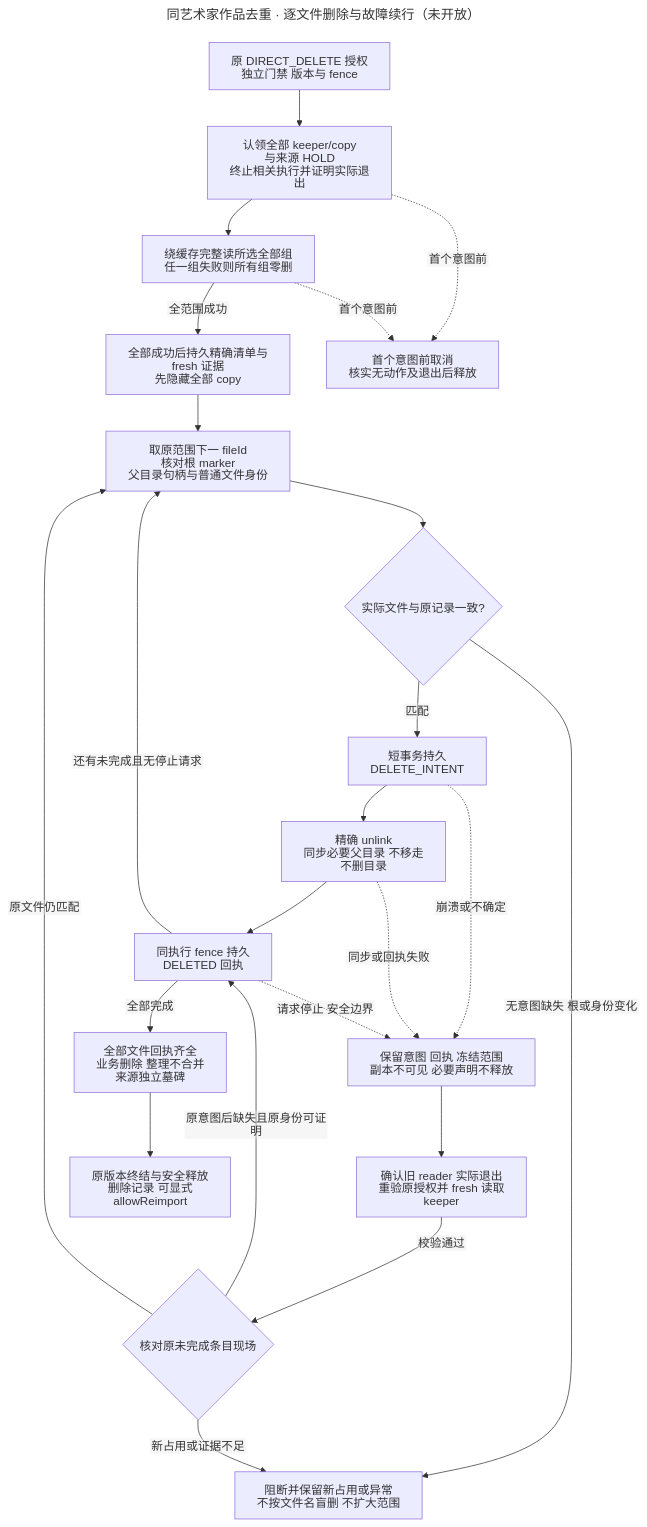
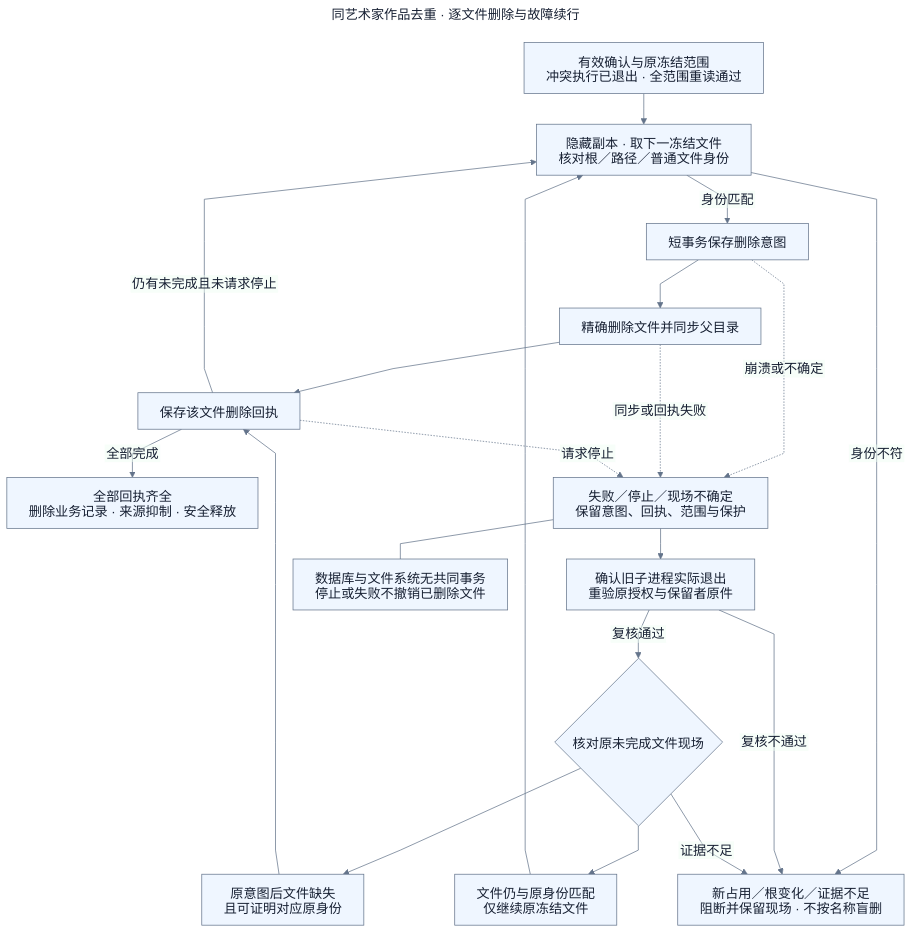
Before and after one commit to namehu/PixiShelf: the diagram in docs/diagrams/features/artwork-deduplication/recovery.mmd, drawn with Mermaid. The commit also changed 23 other files, not shown here.

Commit message:
docs(dedup): unify current workflows architecture and limits

```diff
--- a/docs/diagrams/features/artwork-deduplication/recovery.mmd
+++ b/docs/diagrams/features/artwork-deduplication/recovery.mmd
@@ -1,38 +1,49 @@
 ---
 config:
+  theme: base
   htmlLabels: false
+  themeVariables:
+    fontFamily: 'Arial, PingFang SC, Microsoft YaHei, sans-serif'
+    fontSize: 18px
+    background: '#ffffff'
+    primaryColor: '#eff6ff'
+    primaryTextColor: '#172033'
+    primaryBorderColor: '#64748b'
+    lineColor: '#64748b'
+    secondaryColor: '#f0fdf4'
+    tertiaryColor: '#fff7ed'
   flowchart:
     htmlLabels: false
-title: 同艺术家作品去重 · 逐文件删除与故障续行（未开放）
+    curve: linear
+    nodeSpacing: 28
+    rankSpacing: 42
+    wrappingWidth: 340
+title: 同艺术家作品去重 · 逐文件删除与故障续行
 ---
 flowchart TB
-  R01[原 DIRECT_DELETE 授权<br/>独立门禁 版本与 fence]
-  R02[认领全部 keeper/copy 与来源 HOLD<br/>终止相关执行并证明实际退出]
-  R03[绕缓存完整读所选全部组<br/>任一组失败则所有组零删]
-  R04[全部成功后持久精确清单与 fresh 证据<br/>先隐藏全部 copy]
-  R05[取原范围下一 fileId<br/>核对根 marker 父目录句柄与普通文件身份]
-  R06{实际文件与原记录一致?}
-  R07[短事务持久 DELETE_INTENT]
-  R08[精确 unlink<br/>同步必要父目录 不移走 不删目录]
-  R09[同执行 fence 持久 DELETED 回执]
-  R10[保留意图 回执 冻结范围<br/>副本不可见 必要声明不释放]
-  R11[确认旧 reader 实际退出<br/>重验原授权并 fresh 读取 keeper]
-  R12{核对原未完成条目现场}
-  R13[全部文件回执齐全<br/>业务删除 整理不合并 来源独立墓碑]
-  R14[原版本终结与安全释放<br/>删除记录 可显式 allowReimport]
-  R15[首个意图前取消<br/>核实无动作及退出后释放]
-  R16[阻断并保留新占用或异常<br/>不按文件名盲删 不扩大范围]
-  R01 --> R02 --> R03 -->|全范围成功| R04 --> R05 --> R06
-  R06 -->|匹配| R07 --> R08 --> R09
-  R06 -->|无意图缺失 根或身份变化| R16
-  R09 -->|还有未完成且无停止请求| R05
-  R09 -->|全部完成| R13 --> R14
-  R07 -.->|崩溃或不确定| R10
-  R08 -.->|同步或回执失败| R10
-  R09 -.->|请求停止 安全边界| R10
-  R10 --> R11 -->|校验通过| R12
-  R12 -->|原意图后缺失且原身份可证明| R09
-  R12 -->|原文件仍匹配| R05
-  R12 -->|新占用或证据不足| R16
-  R02 -.->|首个意图前| R15
-  R03 -.->|首个意图前| R15
+  R01[有效确认与原冻结范围<br/>冲突执行已退出 · 全范围重读通过]
+  R02[隐藏副本 · 取下一冻结文件<br/>核对根／路径／普通文件身份]
+  R03[短事务保存删除意图]
+  R04[精确删除文件并同步父目录]
+  R05[保存该文件删除回执]
+  R06[全部回执齐全<br/>删除业务记录 · 来源抑制 · 安全释放]
+  R07[失败／停止／现场不确定<br/>保留意图、回执、范围与保护]
+  R08[确认旧子进程实际退出<br/>重验原授权与保留者原件]
+  R09{核对原未完成文件现场}
+  R10[文件仍与原身份匹配<br/>仅继续原冻结文件]
+  R11[原意图后文件缺失<br/>且可证明对应原身份]
+  R12[新占用／根变化／证据不足<br/>阻断并保留现场 · 不按名称盲删]
+  R01 --> R02 -->|身份匹配| R03 --> R04 --> R05
+  R02 -->|身份不符| R12
+  R05 -->|仍有未完成且未请求停止| R02
+  R05 -->|全部完成| R06
+  R03 -.->|崩溃或不确定| R07
+  R04 -.->|同步或回执失败| R07
+  R05 -.->|请求停止| R07
+  R07 --> R08 -->|复核通过| R09
+  R08 -->|复核不通过| R12
+  R09 --> R10 --> R02
+  R09 --> R11 --> R05
+  R09 -->|证据不足| R12
+  R13[数据库与文件系统无共同事务<br/>停止或失败不撤销已删除文件]
+  R07 --- R13
```
